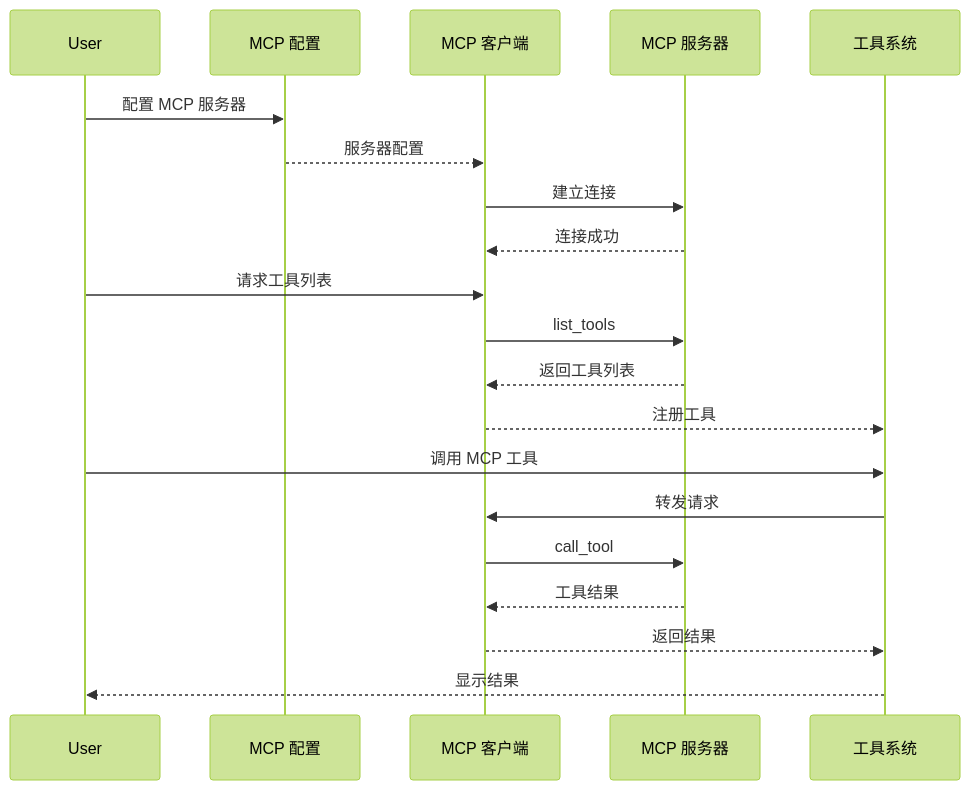
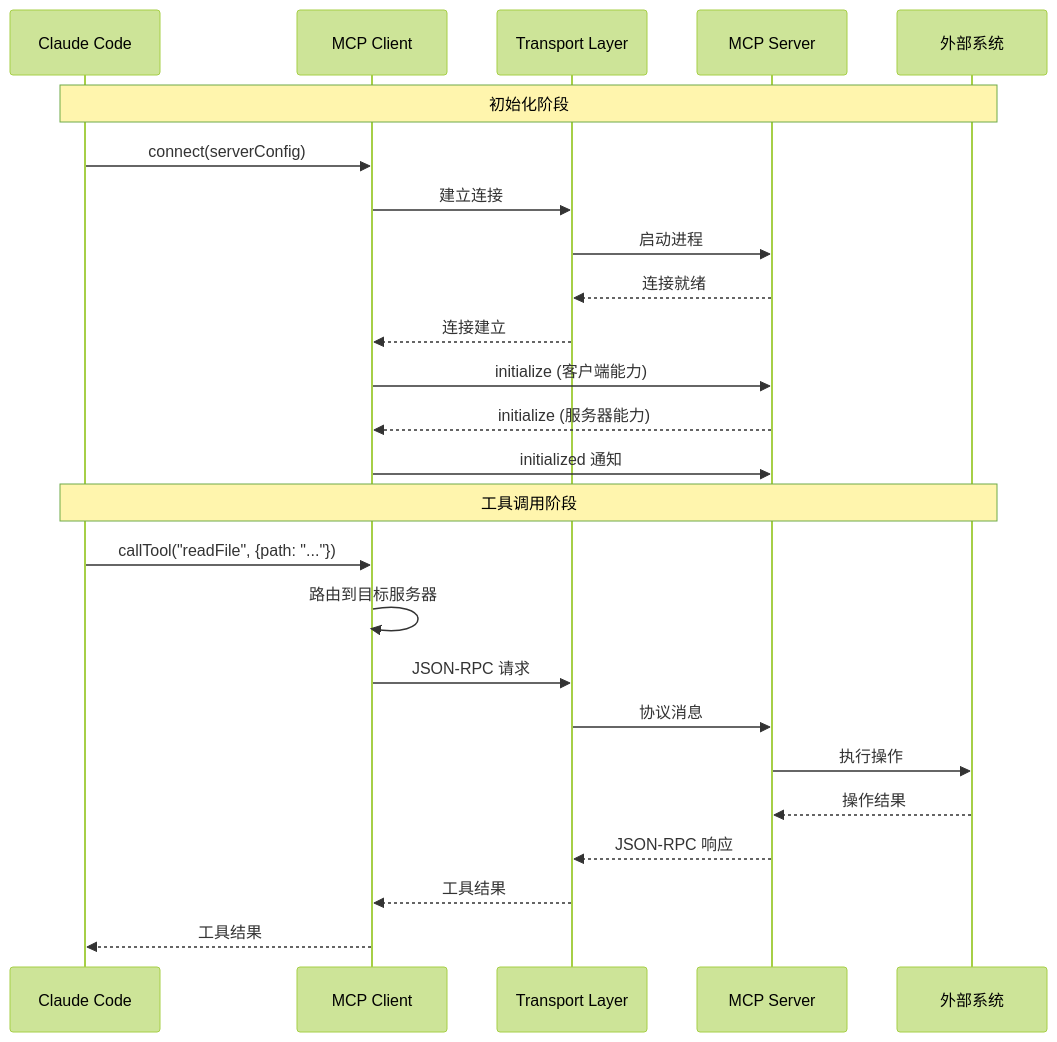
The third of 3 diagrams in .nium-wiki/wiki/services/mcp.md (niuma996/claude-code-sourcemap-wiki), drawn with Mermaid (forest theme) before and after one commit. The commit also changed other lines of this file and 41 other files, not shown here.

````diff
--- a/.nium-wiki/wiki/services/mcp.md
+++ b/.nium-wiki/wiki/services/mcp.md
@@ -52,23 +104,30 @@
 ```mermaid
 sequenceDiagram
-    participant User
-    participant Config as MCP 配置
-    participant Client as MCP 客户端
-    participant Server as MCP 服务器
-    participant Tool as 工具系统
+    participant Claude as Claude Code
+    participant Client as MCP Client
+    participant Transport as Transport Layer
+    participant Server as MCP Server
+    participant External as 外部系统
 
-    User->>Config: 配置 MCP 服务器
-    Config-->>Client: 服务器配置
-    Client->>Server: 建立连接
-    Server-->>Client: 连接成功
-    User->>Client: 请求工具列表
-    Client->>Server: list_tools
-    Server-->>Client: 返回工具列表
-    Client-->>Tool: 注册工具
-    User->>Tool: 调用 MCP 工具
-    Tool->>Client: 转发请求
-    Client->>Server: call_tool
-    Server-->>Client: 工具结果
-    Client-->>Tool: 返回结果
-    Tool-->>User: 显示结果
+    Note over Claude,External: 初始化阶段
+    Claude->>Client: connect(serverConfig)
+    Client->>Transport: 建立连接
+    Transport->>Server: 启动进程
+    Server-->>Transport: 连接就绪
+    Transport-->>Client: 连接建立
+
+    Client->>Server: initialize (客户端能力)
+    Server-->>Client: initialize (服务器能力)
+    Client->>Server: initialized 通知
+
+    Note over Claude,External: 工具调用阶段
+    Claude->>Client: callTool("readFile", {path: "..."})
+    Client->>Client: 路由到目标服务器
+    Client->>Transport: JSON-RPC 请求
+    Transport->>Server: 协议消息
+    Server->>External: 执行操作
+    External-->>Server: 操作结果
+    Server-->>Transport: JSON-RPC 响应
+    Transport-->>Client: 工具结果
+    Client-->>Claude: 工具结果
 ```
````
